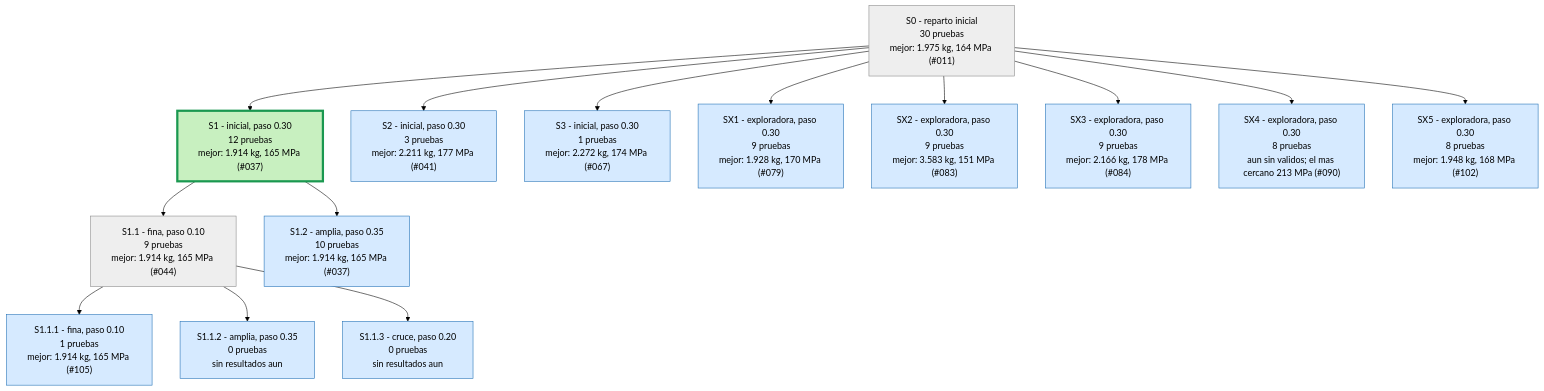
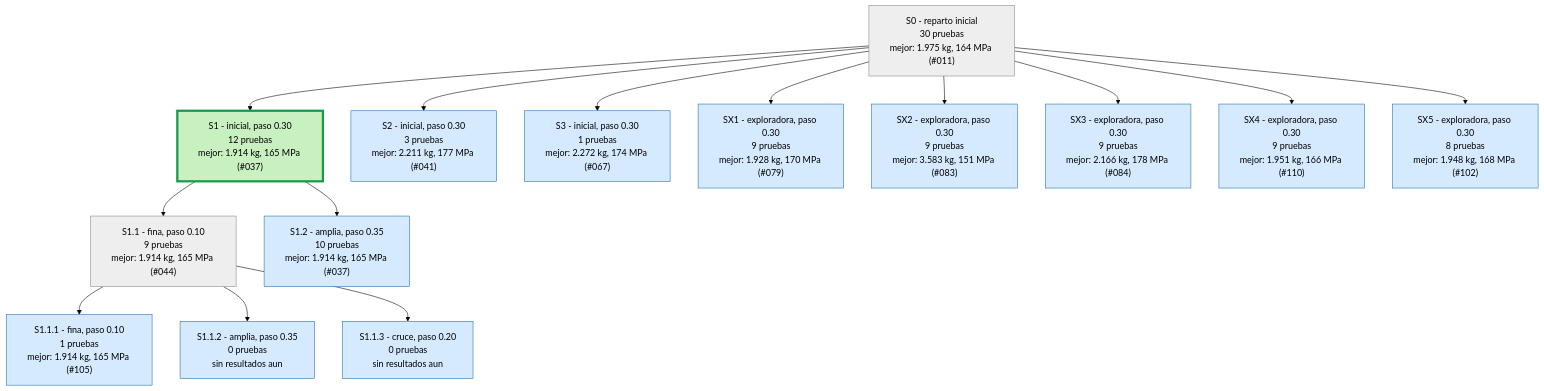
The first of 4 diagrams in runs/opt_37800N/ARBOL.md (Hugiko/msd-soporte-optimizacion), drawn with Mermaid (forest theme) before and after one commit. The commit also changed 22 other files, not shown here.

````diff
--- a/runs/opt_37800N/ARBOL.md
+++ b/runs/opt_37800N/ARBOL.md
@@ -9,33 +9,33 @@
 ```mermaid
 graph TD
 classDef activa fill:#d6eaff,stroke:#1f6fb5,color:#000
 classDef fin fill:#eeeeee,stroke:#888,color:#000
 classDef mejor fill:#c8f0c0,stroke:#1a9850,stroke-width:4px,color:#000
 S0["S0 - reparto inicial<br/>30 pruebas<br/>mejor: 1.975 kg, 164 MPa (#011)"]:::fin
 S1["S1 - inicial, paso 0.30<br/>12 pruebas<br/>mejor: 1.914 kg, 165 MPa (#037)"]:::mejor
 S0 --> S1
 S2["S2 - inicial, paso 0.30<br/>3 pruebas<br/>mejor: 2.211 kg, 177 MPa (#041)"]:::activa
 S0 --> S2
 S3["S3 - inicial, paso 0.30<br/>1 pruebas<br/>mejor: 2.272 kg, 174 MPa (#067)"]:::activa
 S0 --> S3
 S1_1["S1.1 - fina, paso 0.10<br/>9 pruebas<br/>mejor: 1.914 kg, 165 MPa (#044)"]:::fin
 S1 --> S1_1
 S1_2["S1.2 - amplia, paso 0.35<br/>10 pruebas<br/>mejor: 1.914 kg, 165 MPa (#037)"]:::activa
 S1 --> S1_2
 S1_1_1["S1.1.1 - fina, paso 0.10<br/>1 pruebas<br/>mejor: 1.914 kg, 165 MPa (#105)"]:::activa
 S1_1 --> S1_1_1
 S1_1_2["S1.1.2 - amplia, paso 0.35<br/>0 pruebas<br/>sin resultados aun"]:::activa
 S1_1 --> S1_1_2
 S1_1_3["S1.1.3 - cruce, paso 0.20<br/>0 pruebas<br/>sin resultados aun"]:::activa
 S1_1 --> S1_1_3
 SX1["SX1 - exploradora, paso 0.30<br/>9 pruebas<br/>mejor: 1.928 kg, 170 MPa (#079)"]:::activa
 S0 --> SX1
 SX2["SX2 - exploradora, paso 0.30<br/>9 pruebas<br/>mejor: 3.583 kg, 151 MPa (#083)"]:::activa
 S0 --> SX2
 SX3["SX3 - exploradora, paso 0.30<br/>9 pruebas<br/>mejor: 2.166 kg, 178 MPa (#084)"]:::activa
 S0 --> SX3
-SX4["SX4 - exploradora, paso 0.30<br/>8 pruebas<br/>aun sin validos; el mas cercano 213 MPa (#090)"]:::activa
+SX4["SX4 - exploradora, paso 0.30<br/>9 pruebas<br/>mejor: 1.951 kg, 166 MPa (#110)"]:::activa
 S0 --> SX4
 SX5["SX5 - exploradora, paso 0.30<br/>8 pruebas<br/>mejor: 1.948 kg, 168 MPa (#102)"]:::activa
 S0 --> SX5
 ```
````
